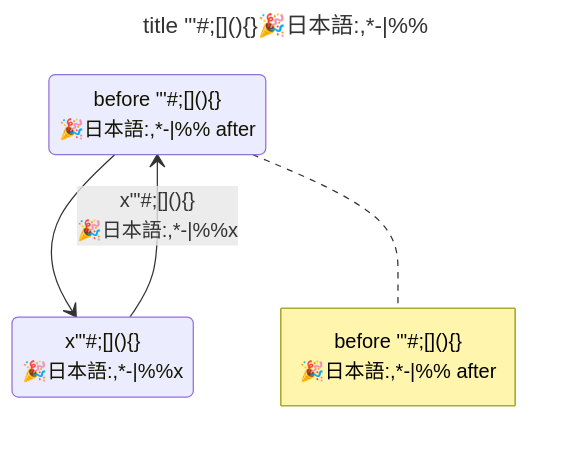
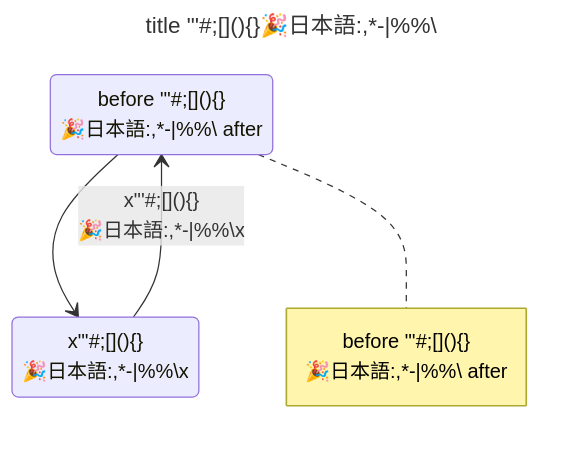
Before and after one commit to nao1215/markdown: the diagram in doc/edgecase/state.md, drawn with Mermaid. The commit also changed 18 other files, not shown here.

First line of the commit message:
test(edgecase): put every character through every diagram type (#172)

````diff
--- a/doc/edgecase/state.md
+++ b/doc/edgecase/state.md
@@ -5,11 +5,11 @@
 ```mermaid
 ---
-title: "title \"'#;[](){}🎉日本語:,*-|%%"
+title: "title \"'#;[](){}🎉日本語:,*-|%%\\"
 ---
 stateDiagram-v2
-    Draft : before "'##59;[](){}<br/>🎉日本語:,*-|%% after
-    Placed : x"'##59;[](){}<br/>🎉日本語:,*-|%%x
+    Draft : before "'##59;[](){}<br/>🎉日本語:,*-|%%\ after
+    Placed : x"'##59;[](){}<br/>🎉日本語:,*-|%%\x
     Draft --> Placed
-    Placed --> Draft : x"'##59;[](){}<br/>🎉日本語:,*-|%%x
-    note right of Draft : before "'##59;[](){}<br/>🎉日本語#58;,*-|%% after
+    Placed --> Draft : x"'##59;[](){}<br/>🎉日本語:,*-|%%\x
+    note right of Draft : before "'##59;[](){}<br/>🎉日本語#58;,*-|%%\ after
 ```
````
